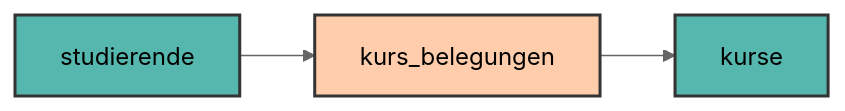
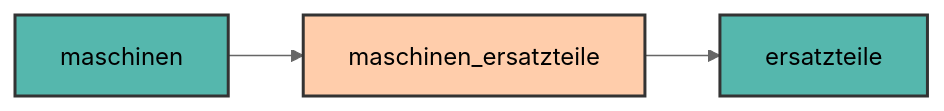
Before and after one commit to mciwing/data-campus: the second of 2 diagrams in docs/database/join.md, drawn with Mermaid (neutral theme). The commit also changed other lines of this file and 9 other files, not shown here.

````diff
--- a/docs/database/join.md
+++ b/docs/database/join.md
@@ -338,8 +338,8 @@
 ```mermaid
 graph LR
-    A[studierende]:::teal --> B[kurs_belegungen]:::peach
-    B --> C[kurse]:::teal
+    A[maschinen]:::teal --> B[maschinen_ersatzteile]:::peach
+    B --> C[ersatzteile]:::teal
 
     classDef peach fill:#FFB482aa,stroke:#333,stroke-width:2px;
     classDef teal fill:#009485aa,stroke:#333,stroke-width:2px;
 ```
````
